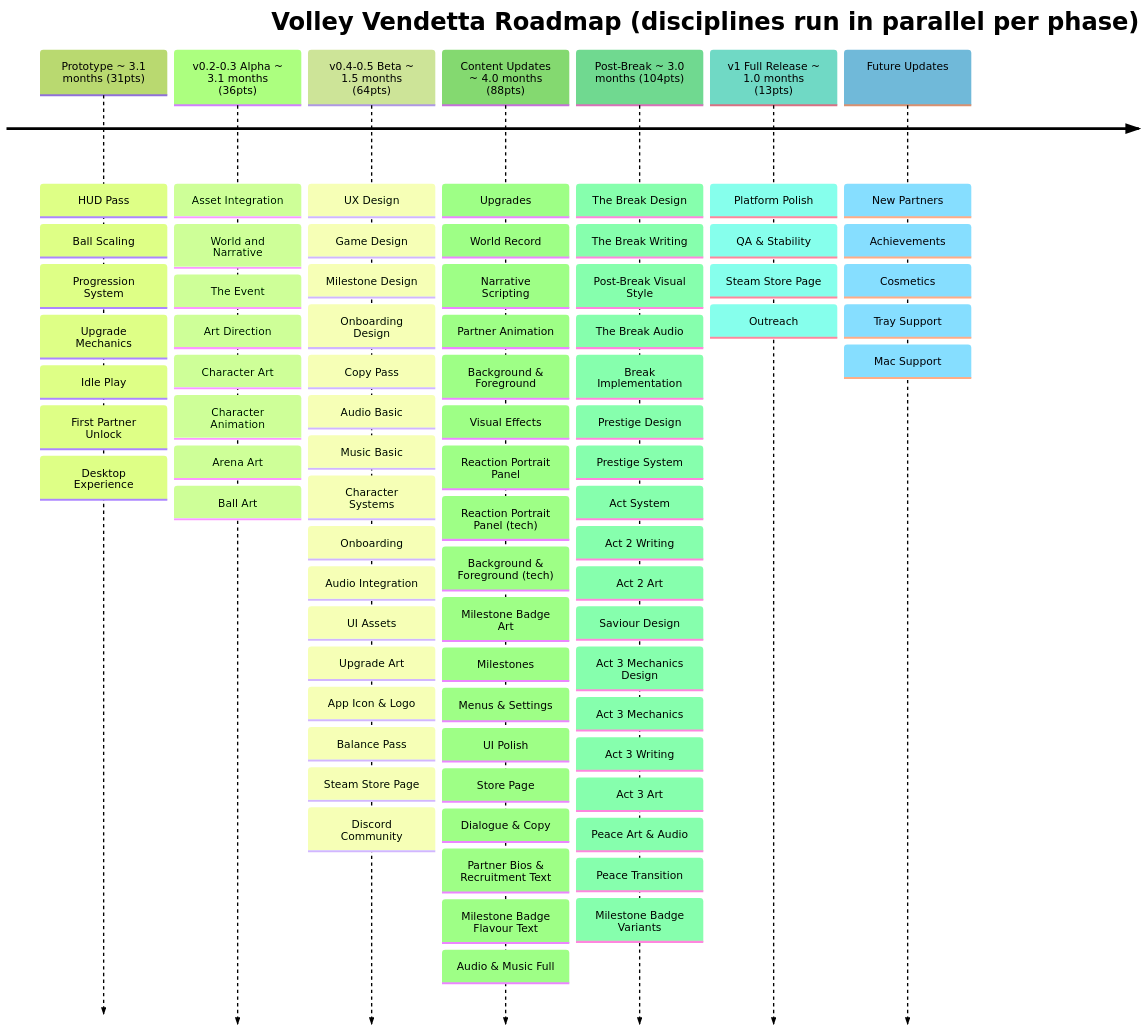
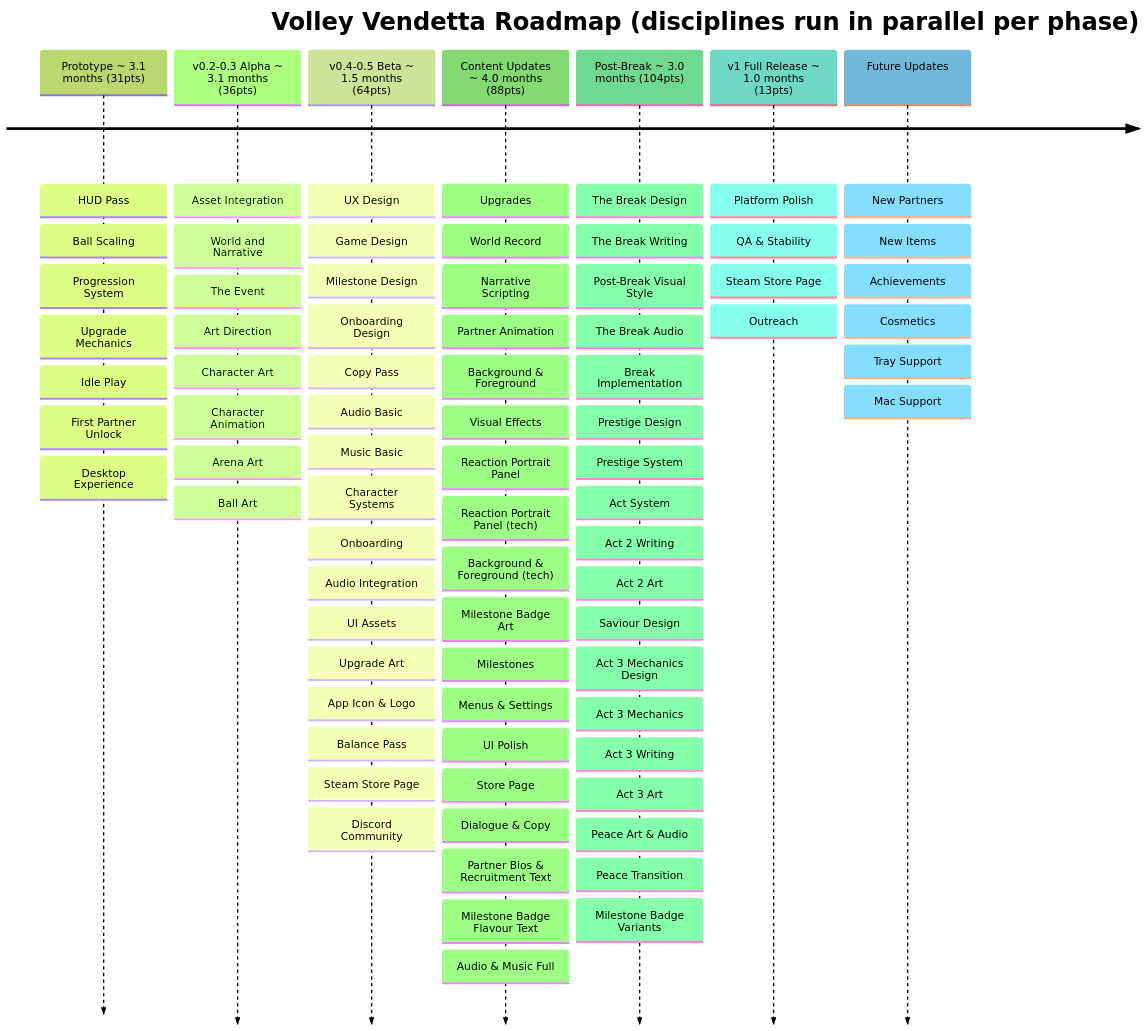
Before and after one commit to shuck-dev/volley: the diagram in designs/roadmap.md, drawn with Mermaid (forest theme). The commit also changed 8 other files, not shown here.

```diff
--- a/designs/roadmap.md
+++ b/designs/roadmap.md
@@ -89,6 +89,7 @@
 
     Future Updates
         : New Partners
+        : New Items
         : Achievements
         : Cosmetics
         : Tray Support
```
